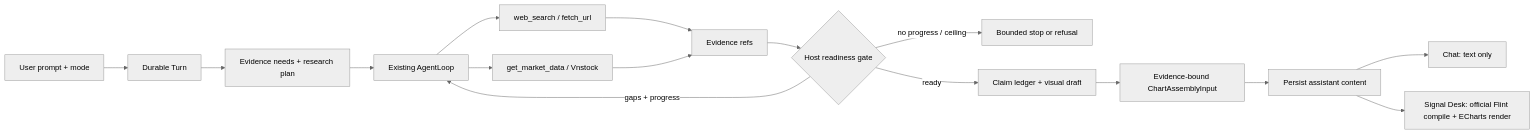
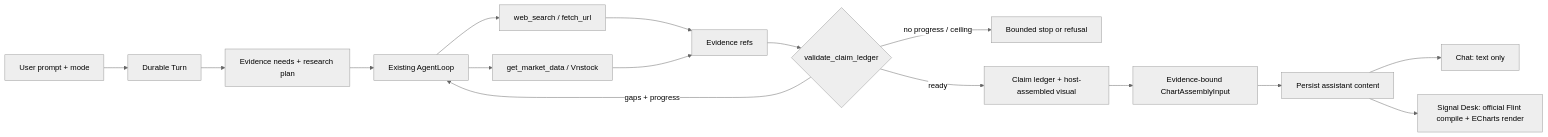
Before and after one commit to PhamTy2002z/Stock_Massive: the diagram in plans/260905-0001-signal-desk-visual-harness/plan.md, drawn with Mermaid (neutral theme). The commit also changed other lines of this file and 10 other files, not shown here.

````diff
--- a/plans/260905-0001-signal-desk-visual-harness/plan.md
+++ b/plans/260905-0001-signal-desk-visual-harness/plan.md
@@ -50,18 +49,18 @@
 ```mermaid
 flowchart LR
     U[User prompt + mode] --> T[Durable Turn]
     T --> P[Evidence needs + research plan]
     P --> L[Existing AgentLoop]
     L --> W[web_search / fetch_url]
     L --> V[get_market_data / Vnstock]
     W --> E[Evidence refs]
     V --> E
-    E --> R{Host readiness gate}
+    E --> R{validate_claim_ledger}
     R -->|gaps + progress| L
     R -->|no progress / ceiling| S[Bounded stop or refusal]
-    R -->|ready| C[Claim ledger + visual draft]
+    R -->|ready| C[Claim ledger + host-assembled visual]
     C --> A[Evidence-bound ChartAssemblyInput]
     A --> X[Persist assistant content]
     X --> H[Chat: text only]
     X --> F[Signal Desk: official Flint compile + ECharts render]
 ```
````
